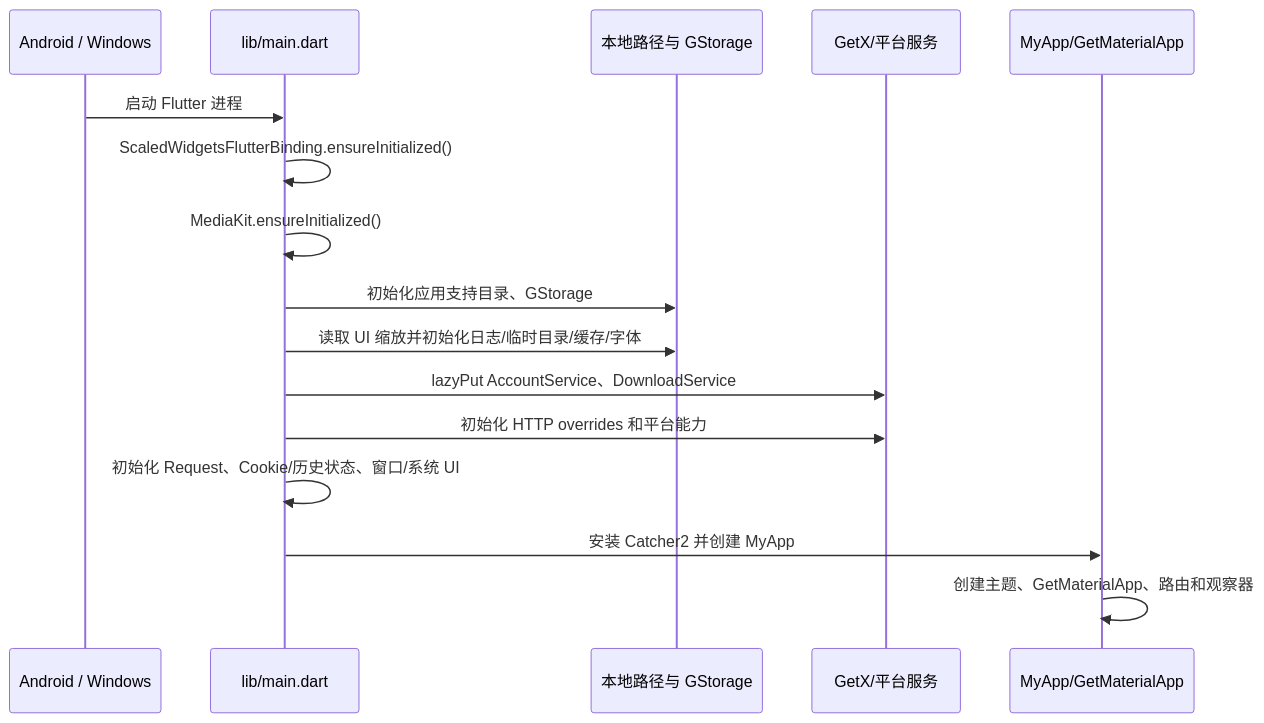
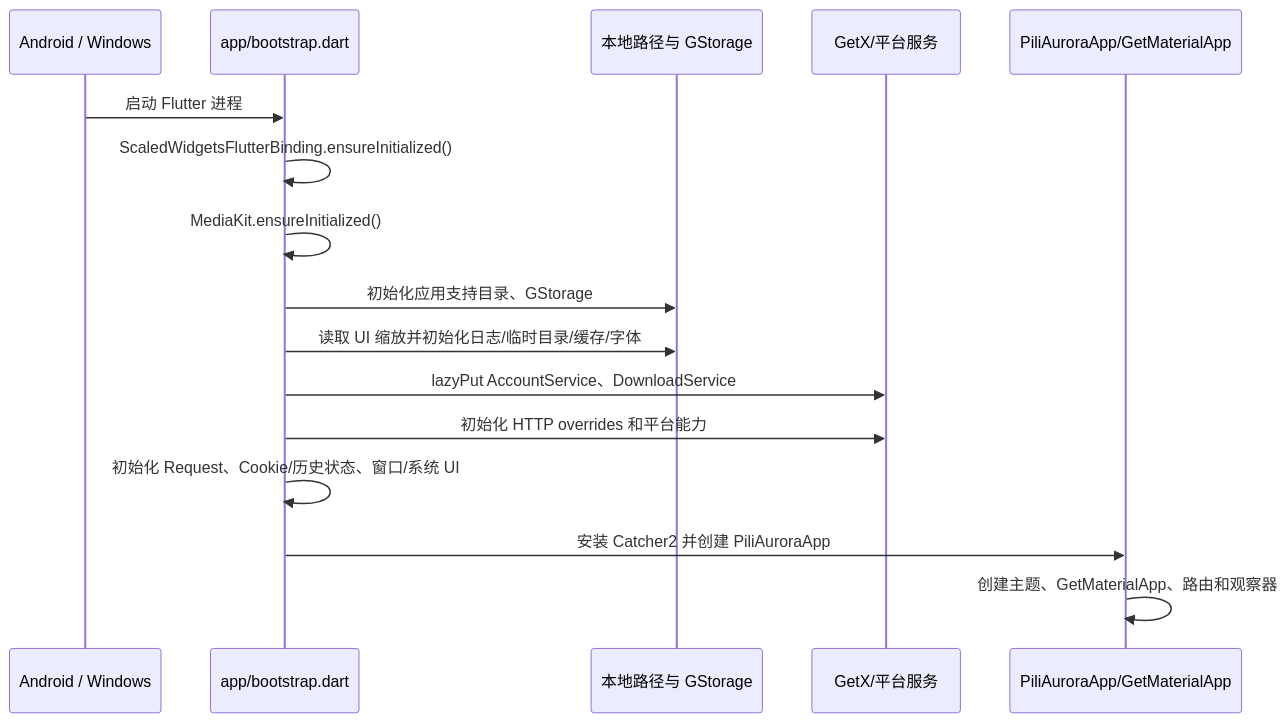
One commit to Arukasaeled/PiliAurora changed the diagram in doc/architecture.md. Above: the diagram before and after it, drawn with Mermaid. The commit also changed other lines of this file and 27 other files, not shown here.

Commit message:
refactor: decouple app bootstrap and download persistence

````diff
--- a/doc/architecture.md
+++ b/doc/architecture.md
@@ -160,19 +162,19 @@
 ```mermaid
 sequenceDiagram
     participant OS as Android / Windows
-    participant Main as lib/main.dart
+    participant Main as app/bootstrap.dart
     participant Local as 本地路径与 GStorage
     participant Services as GetX/平台服务
-    participant App as MyApp/GetMaterialApp
+    participant App as PiliAuroraApp/GetMaterialApp
 
     OS->>Main: 启动 Flutter 进程
     Main->>Main: ScaledWidgetsFlutterBinding.ensureInitialized()
     Main->>Main: MediaKit.ensureInitialized()
     Main->>Local: 初始化应用支持目录、GStorage
     Main->>Local: 读取 UI 缩放并初始化日志/临时目录/缓存/字体
     Main->>Services: lazyPut AccountService、DownloadService
     Main->>Services: 初始化 HTTP overrides 和平台能力
     Main->>Main: 初始化 Request、Cookie/历史状态、窗口/系统 UI
-    Main->>App: 安装 Catcher2 并创建 MyApp
+    Main->>App: 安装 Catcher2 并创建 PiliAuroraApp
     App->>App: 创建主题、GetMaterialApp、路由和观察器
 ```
````
